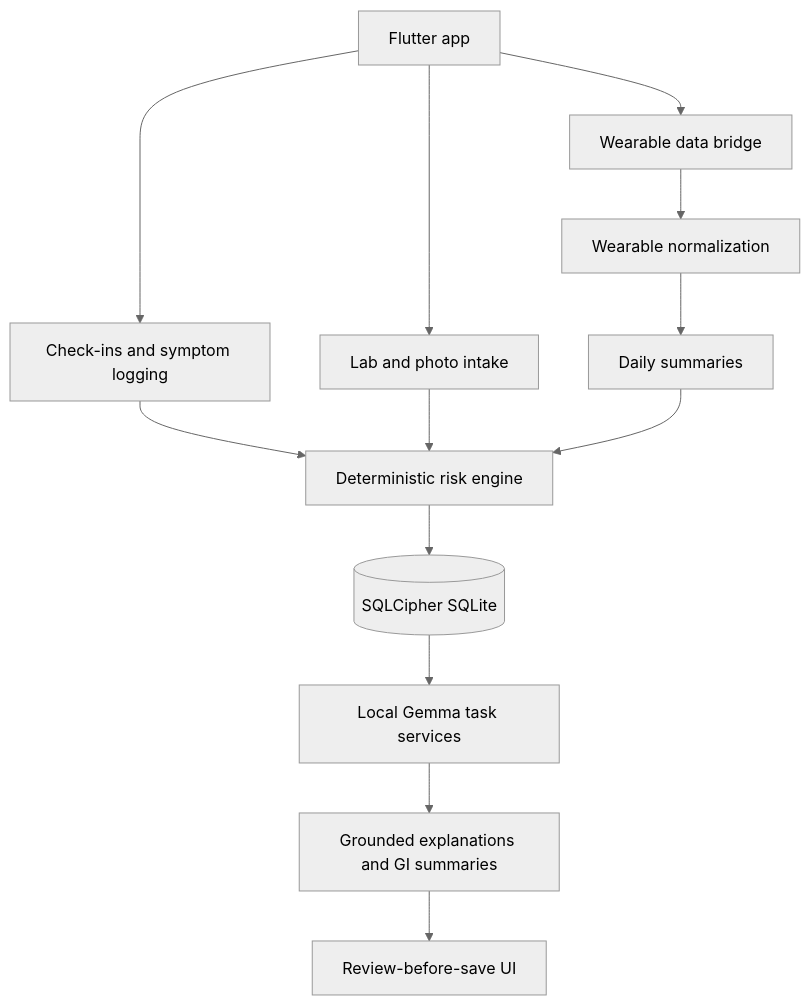
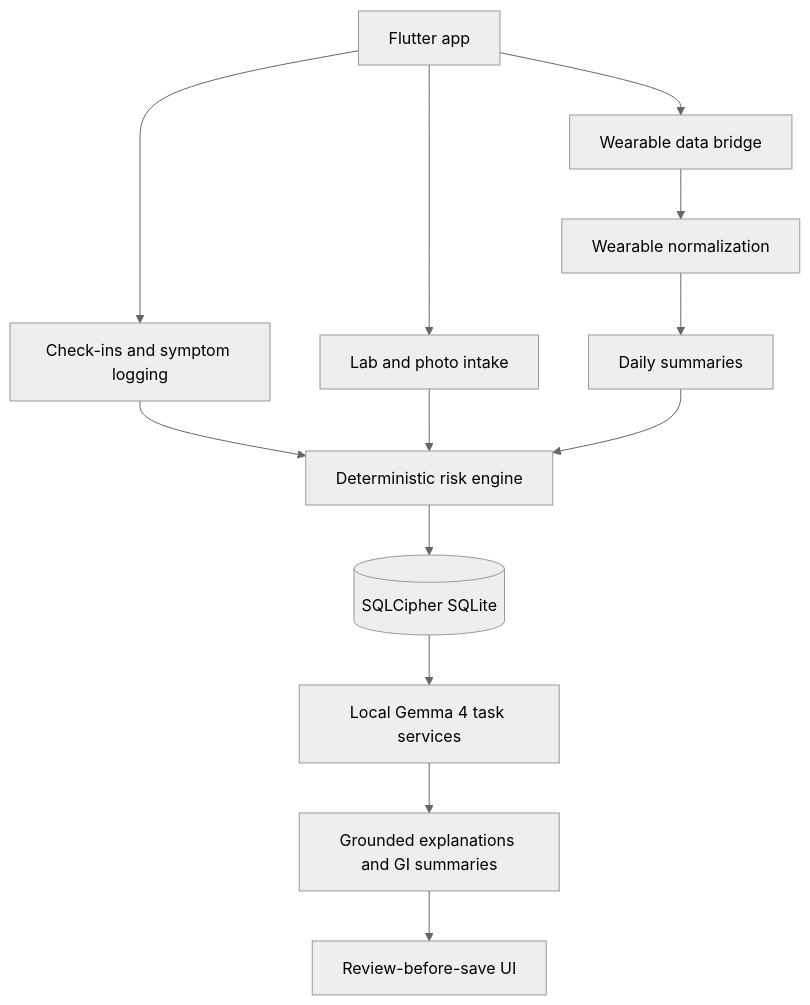
Before and after one commit to a-elhajj/Gemma-Flares: the diagram in README.md, drawn with Mermaid (neutral theme). The commit also changed other lines of this file and 1 other file, not shown here.

Commit message:
fix:gemma to gemma 4

````diff
--- a/README.md
+++ b/README.md
@@ -62,15 +62,15 @@
 ```mermaid
 flowchart TD
     App[Flutter app] --> Checkins[Check-ins and symptom logging]
     App --> Health[Wearable data bridge]
     App --> Labs[Lab and photo intake]
     Health --> Normalize[Wearable normalization]
     Normalize --> Summary[Daily summaries]
     Checkins --> Risk[Deterministic risk engine]
     Labs --> Risk
     Summary --> Risk
     Risk --> Store[(SQLCipher SQLite)]
-    Store --> Gemma[Local Gemma task services]
-    Gemma --> Explain[Grounded explanations and GI summaries]
+    Store --> Gemma4[Local Gemma 4 task services]
+    Gemma4 --> Explain[Grounded explanations and GI summaries]
     Explain --> Review[Review-before-save UI]
 ```
````
